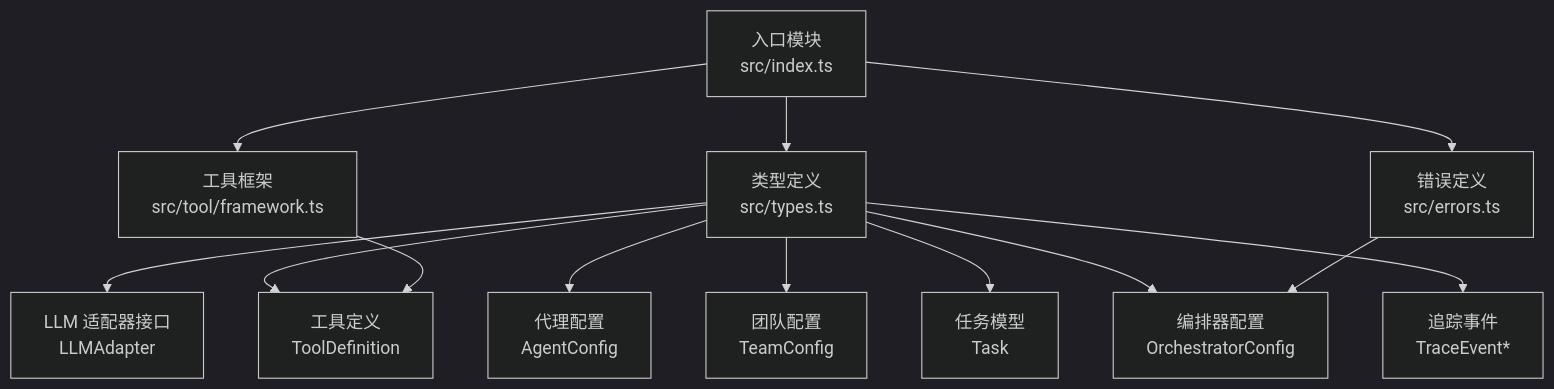
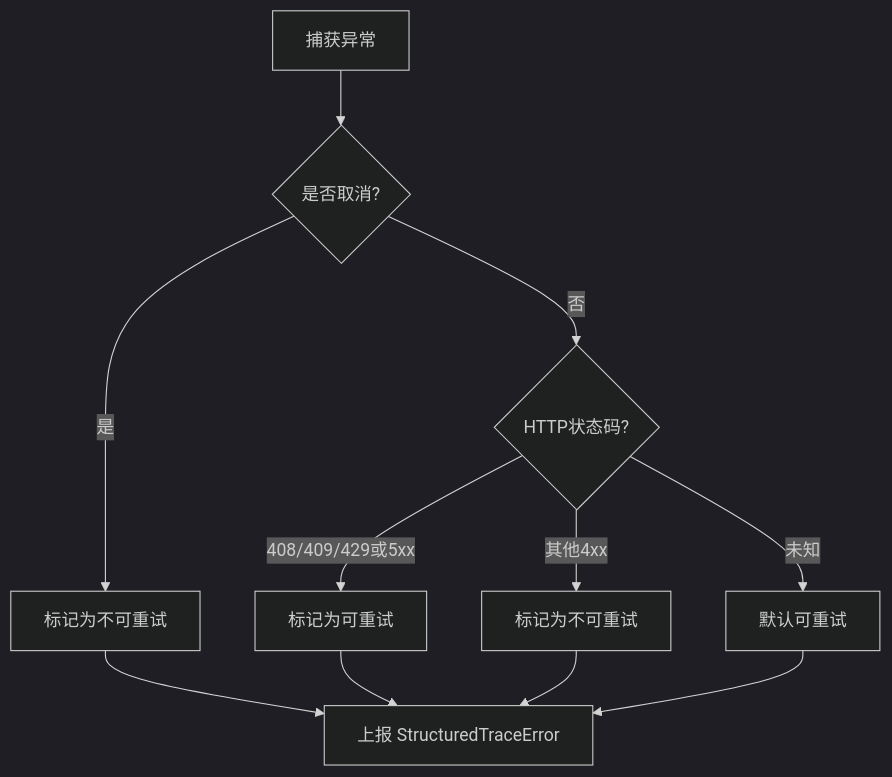
Before and after one commit to haolange/open-multi-agent: the seventh of 10 diagrams in .qoder/repowiki/zh/content/API 参考/类型定义.md, drawn with Mermaid (dark theme). The commit also changed other lines of this file and 293 other files, not shown here.

````diff
--- a/.qoder/repowiki/zh/content/API 参考/类型定义.md
+++ b/.qoder/repowiki/zh/content/API 参考/类型定义.md
@@ -347,15 +328,13 @@
 ```mermaid
-graph TB
-A["入口模块<br/>src/index.ts"] --> B["类型定义<br/>src/types.ts"]
-A --> C["错误定义<br/>src/errors.ts"]
-A --> D["工具框架<br/>src/tool/framework.ts"]
-B --> E["LLM 适配器接口<br/>LLMAdapter"]
-B --> F["工具定义<br/>ToolDefinition"]
-B --> G["代理配置<br/>AgentConfig"]
-B --> H["团队配置<br/>TeamConfig"]
-B --> I["任务模型<br/>Task"]
-B --> J["编排器配置<br/>OrchestratorConfig"]
-B --> K["追踪事件<br/>TraceEvent*"]
-D --> F
-C --> J
+flowchart TD
+A["捕获异常"] --> B{"是否取消?"}
+B --> |是| C["标记为不可重试"]
+B --> |否| D{"HTTP状态码?"}
+D --> |408/409/429或5xx| E["标记为可重试"]
+D --> |其他4xx| F["标记为不可重试"]
+D --> |未知| G["默认可重试"]
+C --> H["上报 StructuredTraceError"]
+E --> H
+F --> H
+G --> H
 ```
````
